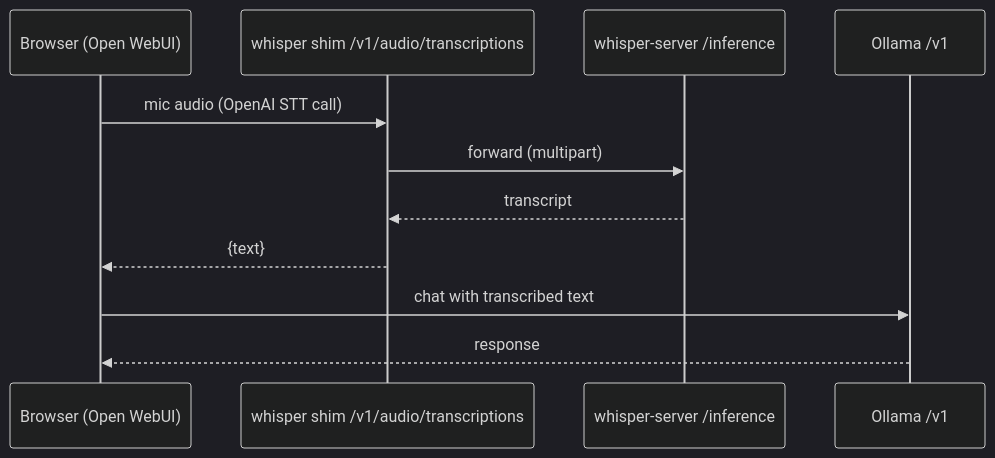
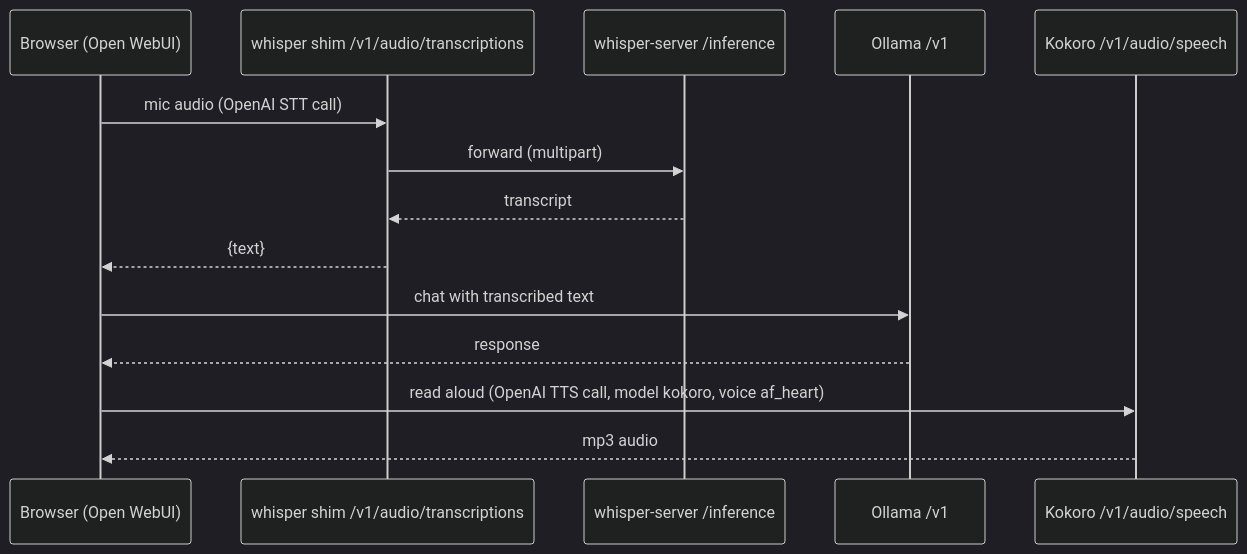
One commit to edtbl76/weyland-lab changed the diagram in docs/demos/voice-chat.md. Above: the diagram before and after it, drawn with Mermaid (dark theme). The commit also changed other lines of this file and 14 other files, not shown here.

First line of the commit message:
Wire Open WebUI TTS to Kokoro

````diff
--- a/docs/demos/voice-chat.md
+++ b/docs/demos/voice-chat.md
@@ -14,13 +14,16 @@
 ```mermaid
 sequenceDiagram
     participant U as Browser (Open WebUI)
     participant Shim as whisper shim /v1/audio/transcriptions
     participant WS as whisper-server /inference
     participant OLL as Ollama /v1
+    participant KOK as Kokoro /v1/audio/speech
     U->>Shim: mic audio (OpenAI STT call)
     Shim->>WS: forward (multipart)
     WS-->>Shim: transcript
     Shim-->>U: {text}
     U->>OLL: chat with transcribed text
     OLL-->>U: response
+    U->>KOK: read aloud (OpenAI TTS call, model kokoro, voice af_heart)
+    KOK-->>U: mp3 audio
 ```
````
